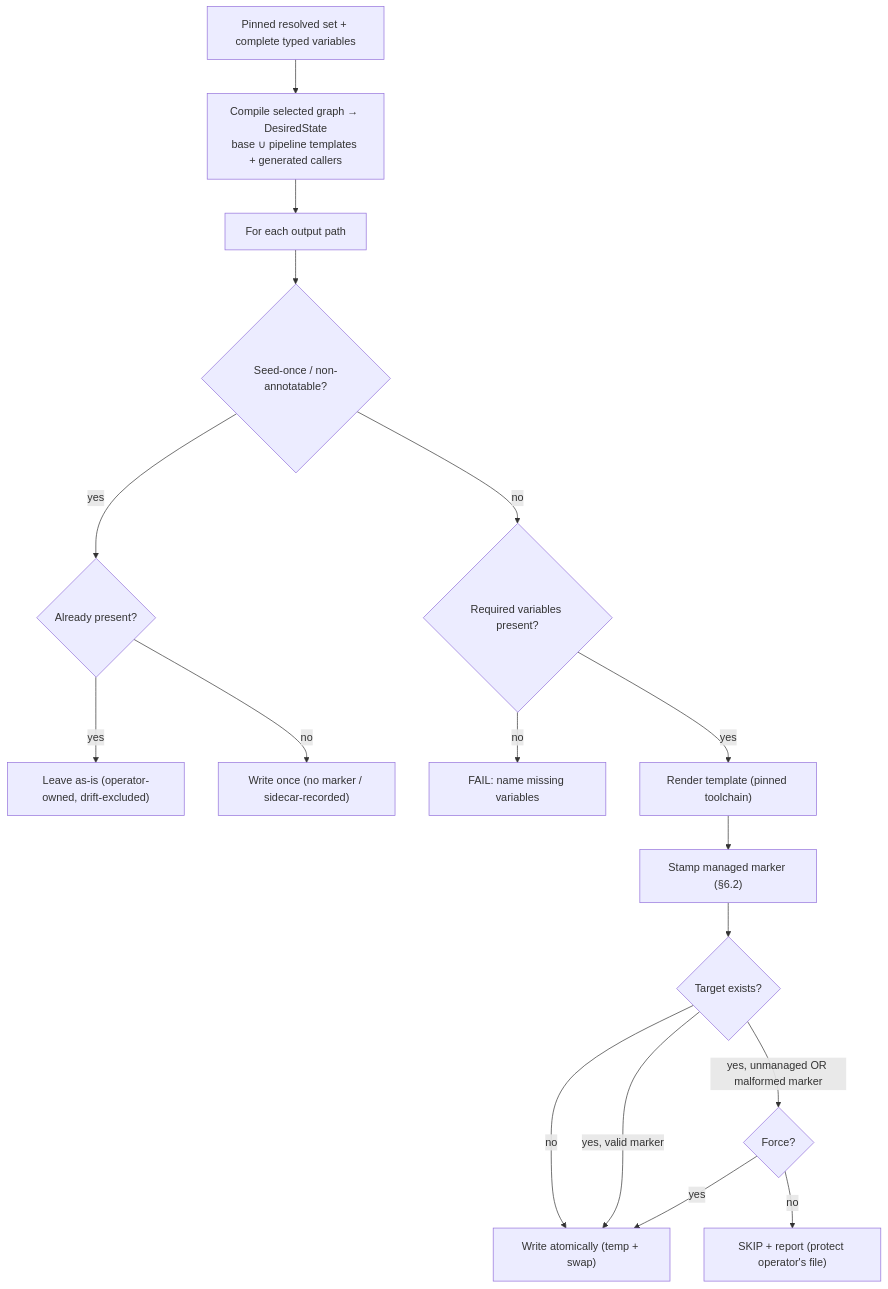
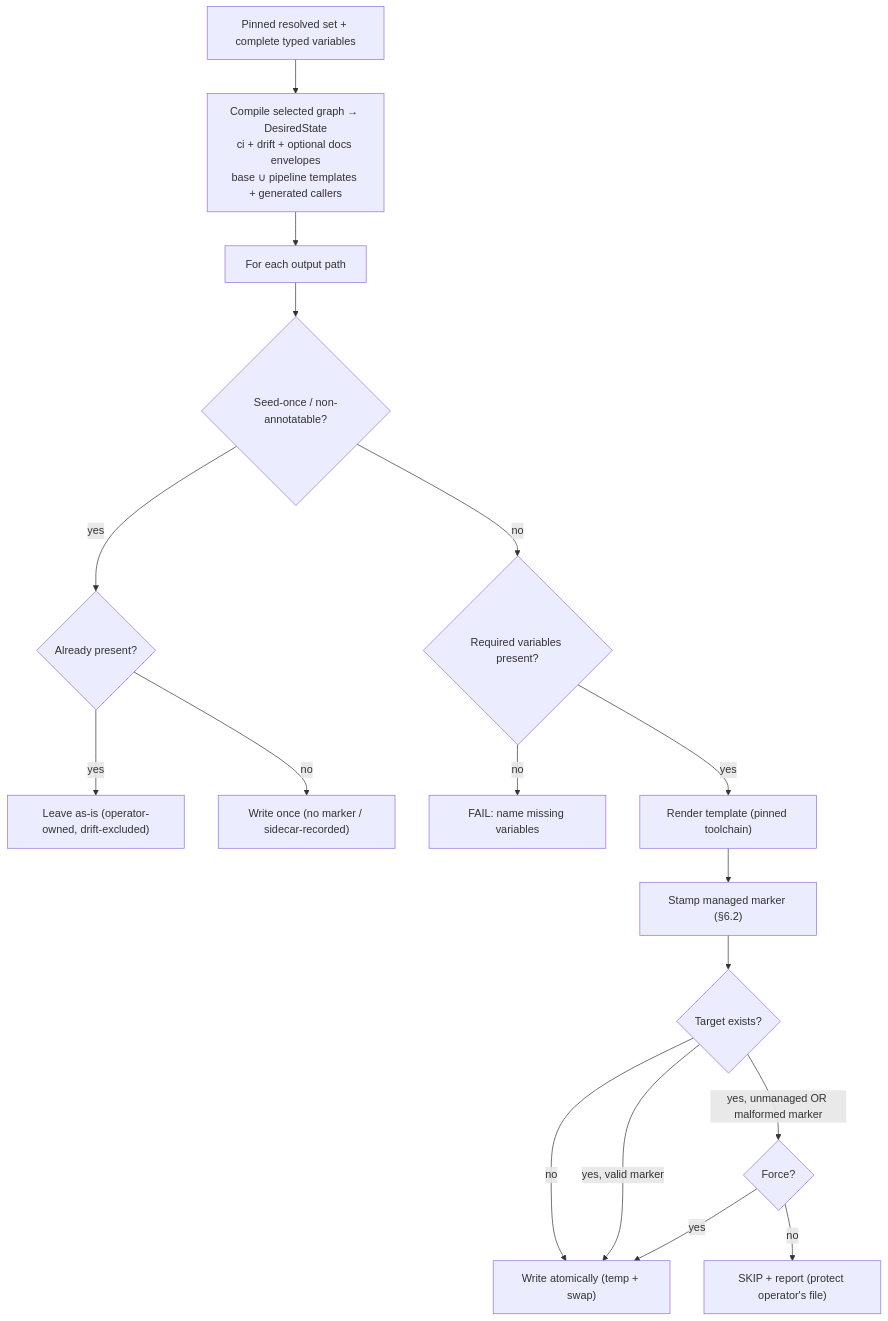
Before and after one commit to amattas/aviato: the diagram in docs/specifications/modules/scaffolding/sync.md, drawn with Mermaid. The commit also changed other lines of this file and 92 other files, not shown here.

Commit message:
refactor(library): generate callers from pipeline graph

````diff
--- a/docs/specifications/modules/scaffolding/sync.md
+++ b/docs/specifications/modules/scaffolding/sync.md
@@ -34,19 +42,19 @@
 ```mermaid
 flowchart TD
-    A["Pinned resolved set + complete typed variables"] --> B["Compile selected graph → DesiredState<br/>base ∪ pipeline templates + generated callers"]
+    A["Pinned resolved set + complete typed variables"] --> B["Compile selected graph → DesiredState<br/>ci + drift + optional docs envelopes<br/>base ∪ pipeline templates + generated callers"]
     B --> C["For each output path"]
     C --> S0{"Seed-once / non-annotatable?"}
     S0 -- yes --> S1{"Already present?"}
     S1 -- yes --> Skip2["Leave as-is (operator-owned, drift-excluded)"]
     S1 -- no --> Seed["Write once (no marker / sidecar-recorded)"]
     S0 -- no --> D{"Required variables present?"}
     D -- no --> Dfail["FAIL: name missing variables"]
     D -- yes --> E["Render template (pinned toolchain)"]
     E --> F["Stamp managed marker (§6.2)"]
     F --> G{"Target exists?"}
     G -- "no" --> W["Write atomically (temp + swap)"]
     G -- "yes, valid marker" --> W
     G -- "yes, unmanaged OR malformed marker" --> Sforce{"Force?"}
     Sforce -- no --> Skip["SKIP + report (protect operator's file)"]
     Sforce -- yes --> W
 ```
````
